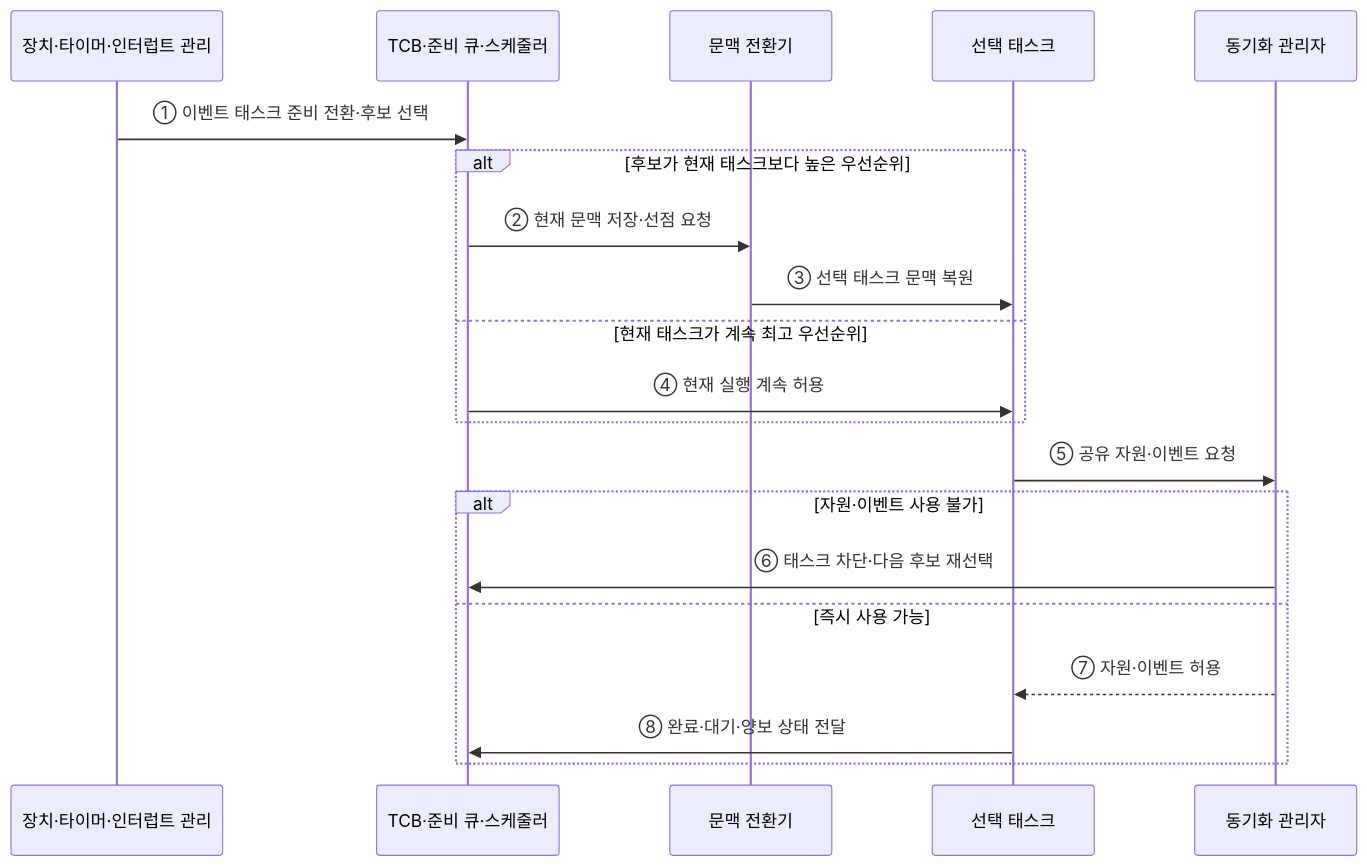
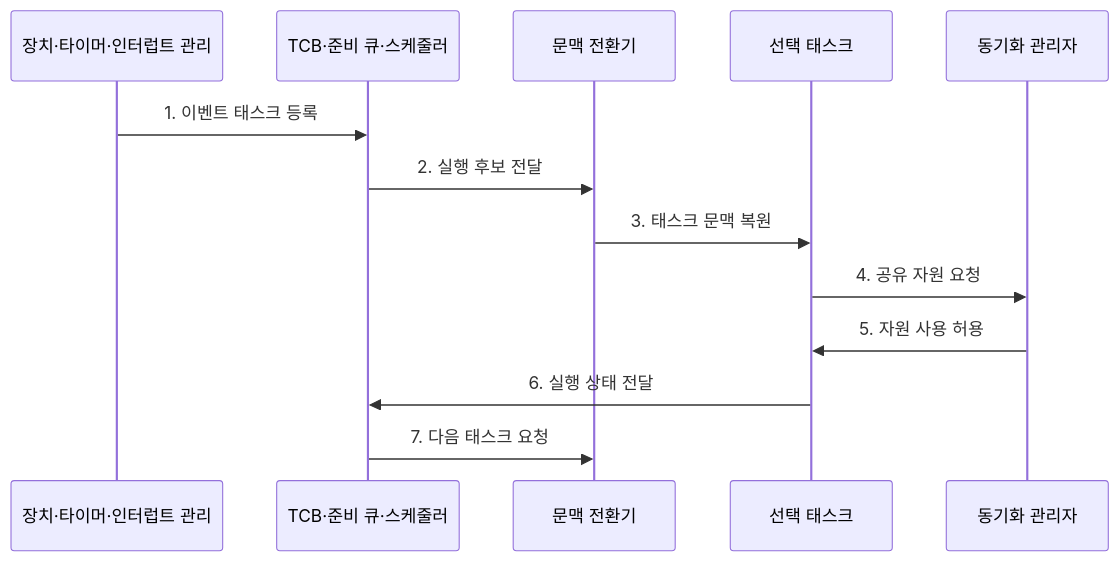
The second of 2 diagrams in src/content/docs/notes/02-hardware/061_real_time_operating_system.md (agnusdei1207/knowledge-base), drawn with Mermaid before and after one commit. The commit also changed other lines of this file and 20 other files, not shown here.

````diff
--- a/src/content/docs/notes/02-hardware/061_real_time_operating_system.md
+++ b/src/content/docs/notes/02-hardware/061_real_time_operating_system.md
@@ -90,23 +96,16 @@
 ```mermaid
 sequenceDiagram
     participant X as 장치·타이머·인터럽트 관리
     participant Q as TCB·준비 큐·스케줄러
     participant C as 문맥 전환기
     participant T as 선택 태스크
     participant M as 동기화 관리자
 
-    X->>Q: ① 이벤트 태스크 준비 전환·후보 선택
-    alt 후보가 현재 태스크보다 높은 우선순위
-        Q->>C: ② 현재 문맥 저장·선점 요청
-        C->>T: ③ 선택 태스크 문맥 복원
-    else 현재 태스크가 계속 최고 우선순위
-        Q->>T: ④ 현재 실행 계속 허용
-    end
-    T->>M: ⑤ 공유 자원·이벤트 요청
-    alt 자원·이벤트 사용 불가
-        M->>Q: ⑥ 태스크 차단·다음 후보 재선택
-    else 즉시 사용 가능
-        M-->>T: ⑦ 자원·이벤트 허용
-        T->>Q: ⑧ 완료·대기·양보 상태 전달
-    end
+    X->>Q: 1. 이벤트 태스크 등록
+    Q->>C: 2. 실행 후보 전달
+    C->>T: 3. 태스크 문맥 복원
+    T->>M: 4. 공유 자원 요청
+    M->>T: 5. 자원 사용 허용
+    T->>Q: 6. 실행 상태 전달
+    Q->>C: 7. 다음 태스크 요청
 ```
````
